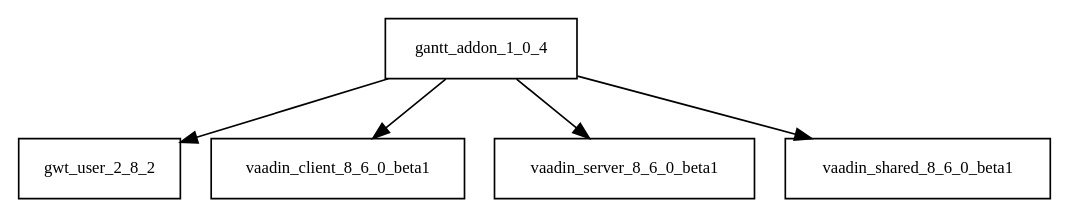
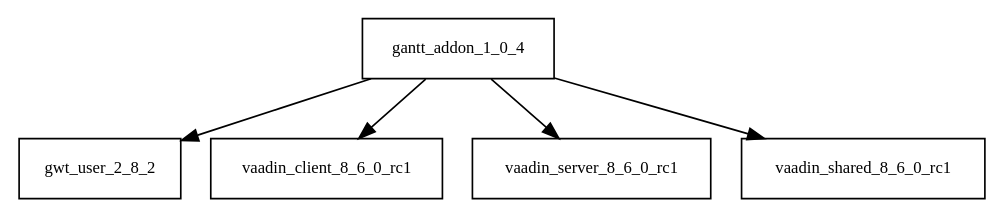
One commit to Hack23/cia changed the diagram in tattleTaleReport/graphviz/gantt-addon-1.0.4.jar/gantt-addon-1.0.4.jar.dot. Above: the diagram before and after it, drawn with Graphviz. The commit also changed 1393 other files, not shown here.

```diff
--- a/tattleTaleReport/graphviz/gantt-addon-1.0.4.jar/gantt-addon-1.0.4.jar.dot
+++ b/tattleTaleReport/graphviz/gantt-addon-1.0.4.jar/gantt-addon-1.0.4.jar.dot
@@ -1,7 +1,7 @@
 digraph gantt_addon_1_0_4_dependencies {
   node [shape = box, fontsize=10.0];
   gantt_addon_1_0_4 -> gwt_user_2_8_2;
-  gantt_addon_1_0_4 -> vaadin_client_8_6_0_beta1;
-  gantt_addon_1_0_4 -> vaadin_server_8_6_0_beta1;
-  gantt_addon_1_0_4 -> vaadin_shared_8_6_0_beta1;
+  gantt_addon_1_0_4 -> vaadin_client_8_6_0_rc1;
+  gantt_addon_1_0_4 -> vaadin_server_8_6_0_rc1;
+  gantt_addon_1_0_4 -> vaadin_shared_8_6_0_rc1;
 }
```
